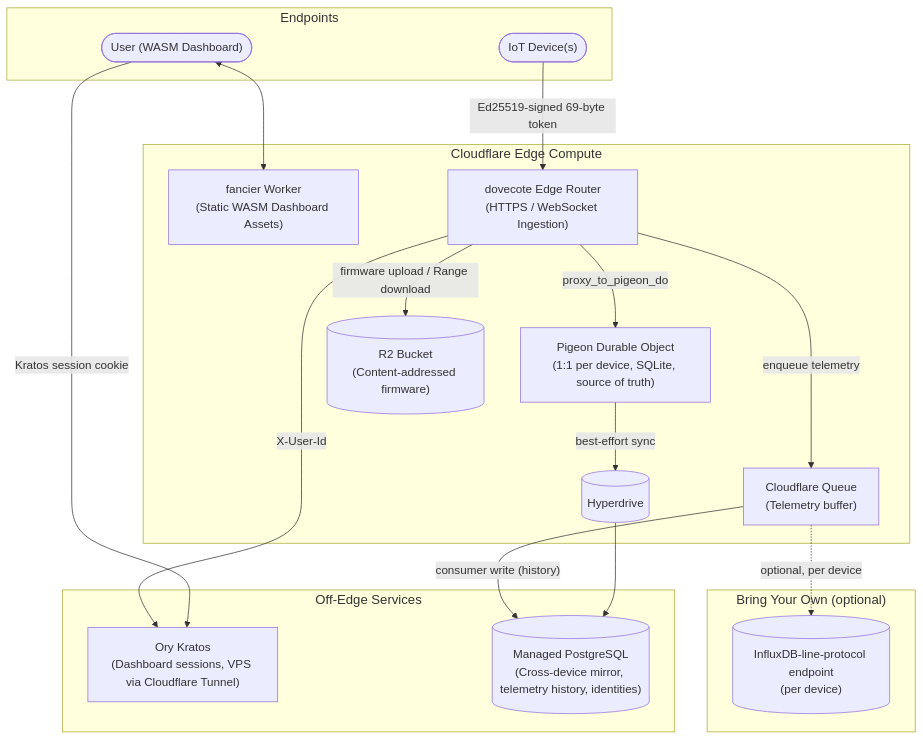
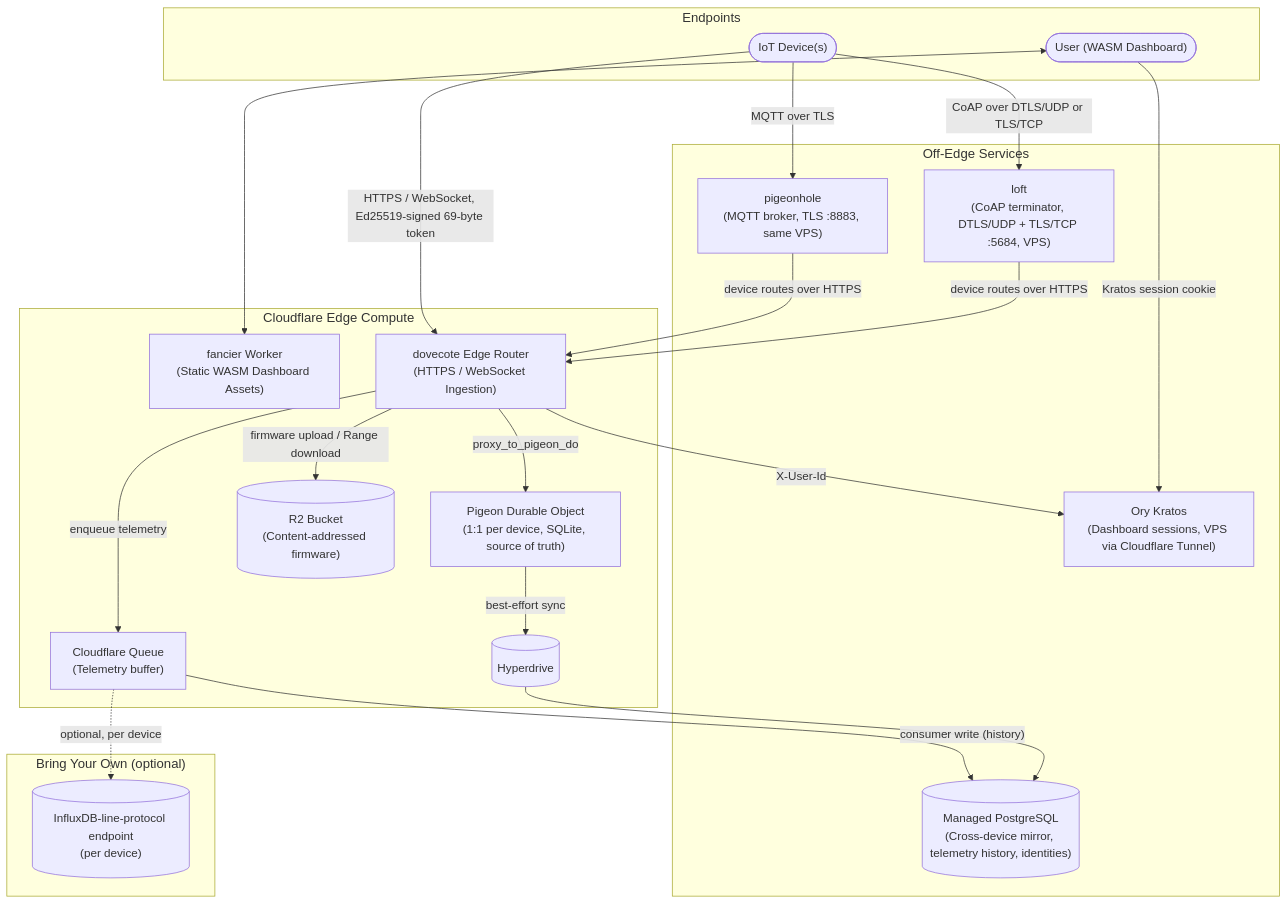
One commit to justins-engineering/pidgeiot changed the diagram in fancier/assets/architecture.mmd. Above: the diagram before and after it, drawn with Mermaid. The commit also changed 2 other files, not shown here.

Commit message:
fancier: put the transport terminators on the architecture diagram
The diagram showed only the direct HTTPS and WebSocket path, so a reader
had no way to see where CoAP and MQTT land. loft and pigeonhole sit on
the VPS beside Kratos and proxy onto the same dovecote device routes.

Claude-Session: https://claude.ai/code/session_019aBxWGT8SMdqzwLMCbSLq9

```diff
--- a/fancier/assets/architecture.mmd
+++ b/fancier/assets/architecture.mmd
@@ -1,105 +1,111 @@
 ---
 config:
   theme: null
   themeVariables:
     fontFamily: "Courier New"
   htmlLabels: true
   flowchart:
     curve: "basis"
     subGraphTitleMargin:
       {
         "top": 0,
         "bottom": 10
       }
   themeCSS: |
     /* Map base shapes to DaisyUI variables */
     .node rect, .node circle, .node polygon, .cluster rect {
       fill: var(--color-base-300) !important;
       stroke: var(--color-base-content) !important;
       color: var(--color-base-content) !important;
       stroke-width: 2px !important;
     }
     .edgeLabel p {
       background-color: var(--color-base-100) !important;
     }
 
     /* Text colors */
     p {
       fill: var(--color-base-content) !important;
       color: var(--color-base-content) !important;
     }
 
     /* Lines and Arrows */
     .marker {
       stroke: var(--color-base-content) !important;
       fill: var(--color-base-content) !important;
     }
     .flowchart-link {
       stroke: var(--color-base-content) !important;
     }
 
     /* Custom Subgraph/Node Theming */
     .cloudflare path, .cloudflare rect {
       fill: color-mix(in oklch, #FC7C1E, transparent 85%) !important;
       stroke: #FC7C1E !important;
     }
     .selfhosted path, .selfhosted rect {
       fill: color-mix(in oklch, #1aaaff, transparent 85%) !important;
       stroke: #1aaaff !important;
     }
     .byo path, .byo rect {
       fill: color-mix(in oklch, #D52B1E, transparent 85%) !important;
       stroke: #D52B1E !important;
     }
     .endpoint path, .endpoint rect {
       fill: color-mix(in oklch, var(--color-primary), transparent 85%) !important;
       stroke: var(--color-primary) !important;
     }
     .storage path, .storage rect {
       fill: color-mix(in oklch, var(--color-secondary), transparent 85%) !important;
       stroke: var(--color-secondary) !important;
     }
 
 ---
 flowchart TB
   accTitle: PidgeIoT platform architecture
-  accDescr: Users and IoT devices connect through Cloudflare's edge to the dovecote Worker, which routes to per-device Durable Objects and mirrors state to PostgreSQL; telemetry rides a queue to history storage or a user-defined forwarding endpoint.
+  accDescr: Users and IoT devices connect through Cloudflare's edge to the dovecote Worker, either directly over HTTPS and WebSocket or through the loft and pigeonhole transport terminators on our VPS; dovecote routes to per-device Durable Objects and mirrors state to PostgreSQL; telemetry rides a queue to history storage or a user-defined forwarding endpoint.
   classDef subTitle font-size:18px,font-weight: 500;
 
   subgraph Endpoints ["Endpoints"]
     User(["User (WASM Dashboard)"]):::endpoint
     IoT(["IoT Device(s)"]):::endpoint
   end
 
   subgraph Cloudflare ["Cloudflare Edge Compute"]
     Fancier["fancier Worker\n(Static WASM Dashboard Assets)"]:::cloudflare
     Router["dovecote Edge Router\n(HTTPS / WebSocket Ingestion)"]:::cloudflare
     DO_Pigeon["Pigeon Durable Object\n(1:1 per device, SQLite, source of truth)"]:::cloudflare
     Queue["Cloudflare Queue\n(Telemetry buffer)"]:::cloudflare
     R2[("R2 Bucket\n(Content-addressed firmware)")]:::cloudflare
     Hyperdrive[("Hyperdrive")]:::cloudflare
   end
 
   subgraph SelfHosted ["Off-Edge Services"]
     Kratos["Ory Kratos\n(Dashboard sessions, VPS via Cloudflare Tunnel)"]:::selfhosted
+    Loft["loft\n(CoAP terminator, DTLS/UDP + TLS/TCP :5684, VPS)"]:::selfhosted
+    Pigeonhole["pigeonhole\n(MQTT broker, TLS :8883, same VPS)"]:::selfhosted
     Postgres[("Managed PostgreSQL\n(Cross-device mirror, telemetry history, identities)")]:::storage
   end
 
   subgraph BYO ["Bring Your Own (optional)"]
     LineProto[("InfluxDB-line-protocol endpoint\n(per device)")]:::byo
   end
 
   class Endpoints,Cloudflare,SelfHosted,BYO subTitle;
 
   %% Routing
   User <--> Fancier
   User -- "Kratos session cookie" --> Kratos
-  IoT -- "Ed25519-signed 69-byte token" --> Router
+  IoT -- "HTTPS / WebSocket, Ed25519-signed 69-byte token" --> Router
+  IoT -- "CoAP over DTLS/UDP or TLS/TCP" --> Loft
+  IoT -- "MQTT over TLS" --> Pigeonhole
+  Loft -- "device routes over HTTPS" --> Router
+  Pigeonhole -- "device routes over HTTPS" --> Router
   Router -- "proxy_to_pigeon_do" --> DO_Pigeon
   Router -- "X-User-Id" --> Kratos
   Router -- "firmware upload / Range download" --> R2
   DO_Pigeon -- "best-effort sync" --> Hyperdrive
   Hyperdrive --> Postgres
   Router -- "enqueue telemetry" --> Queue
   Queue -- "consumer write (history)" --> Postgres
   Queue -. "optional, per device" .-> LineProto
```
